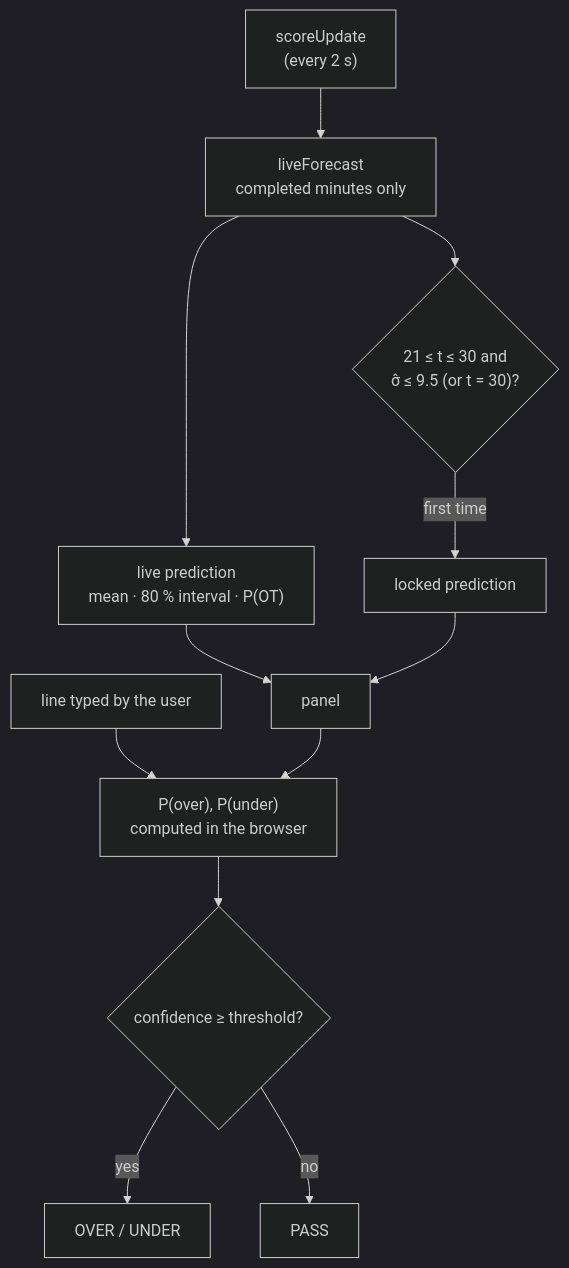
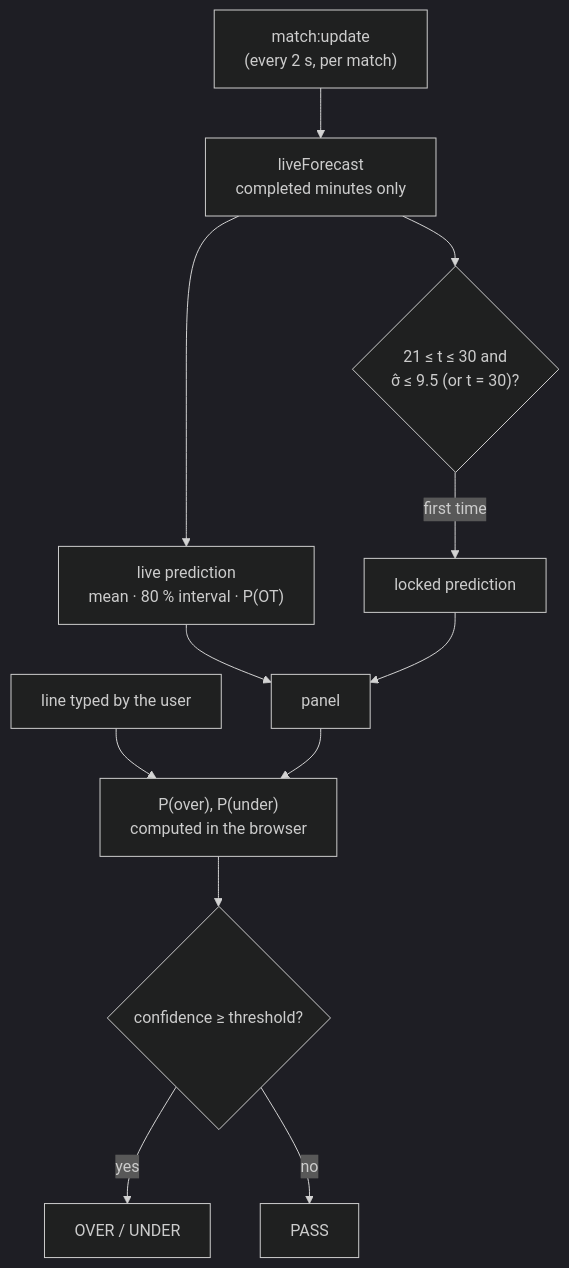
Before and after one commit to aral-by/basketscrape: the third of 3 diagrams in README.md, drawn with Mermaid (dark theme). The commit also changed other lines of this file and 3 other files, not shown here.

````diff
--- a/README.md
+++ b/README.md
@@ -140,14 +140,14 @@
 ```mermaid
 flowchart TB
-    SU["scoreUpdate<br/>(every 2 s)"] --> LF["liveForecast<br/>completed minutes only"]
+    SU["match:update<br/>(every 2 s, per match)"] --> LF["liveForecast<br/>completed minutes only"]
     LF --> NOW["live prediction<br/>mean · 80 % interval · P(OT)"]
     LF --> LOCK{"21 ≤ t ≤ 30 and<br/>σ̂ ≤ 9.5 (or t = 30)?"}
     LOCK -- "first time" --> LK["locked prediction"]
     NOW --> UI["panel"]
     LK --> UI
     LINE["line typed by the user"] --> OU["P(over), P(under)<br/>computed in the browser"]
     UI --> OU
     OU --> V{"confidence ≥ threshold?"}
     V -- yes --> D["OVER / UNDER"]
     V -- no --> PASS["PASS"]
 ```
````
